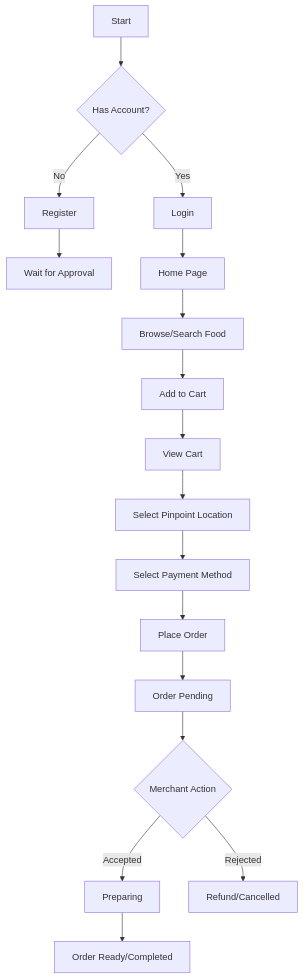
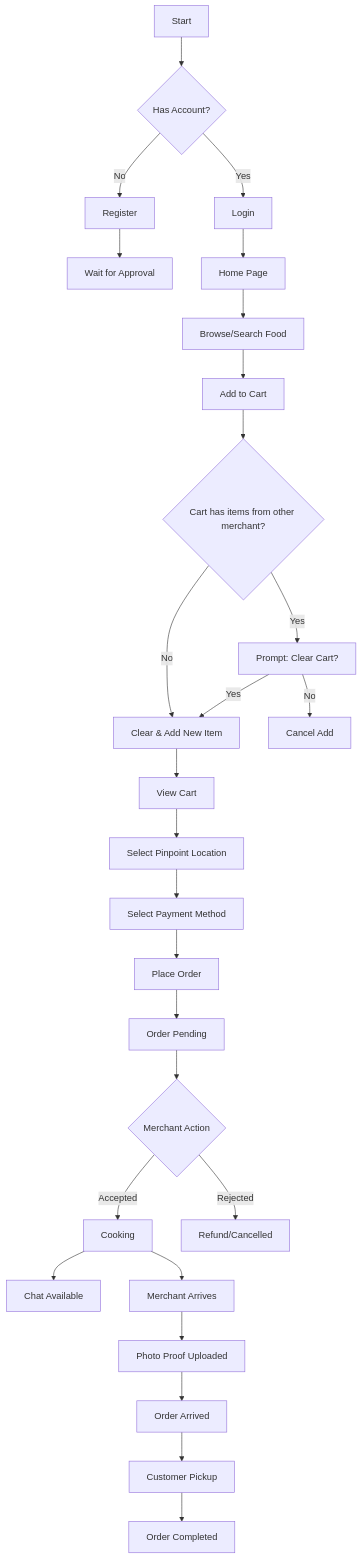
Before and after one commit to cdesqus/food-orde-app: the first of 3 diagrams in DOCUMENTATION.md, drawn with Mermaid. The commit also changed other lines of this file and 14 other files, not shown here.

````diff
--- a/DOCUMENTATION.md
+++ b/DOCUMENTATION.md
@@ -56,19 +102,29 @@
 ```mermaid
 graph TD
     A[Start] --> B{Has Account?}
     B -- No --> C[Register]
     B -- Yes --> D[Login]
     C --> E[Wait for Approval]
     D --> F[Home Page]
     F --> G[Browse/Search Food]
     G --> H[Add to Cart]
-    H --> I[View Cart]
-    I --> J[Select Pinpoint Location]
-    J --> K[Select Payment Method]
-    K --> L[Place Order]
-    L --> M[Order Pending]
-    M --> N{Merchant Action}
-    N -- Accepted --> O[Preparing]
-    N -- Rejected --> P[Refund/Cancelled]
-    O --> Q[Order Ready/Completed]
+    H --> I{Cart has items from other merchant?}
+    I -- Yes --> J[Prompt: Clear Cart?]
+    J -- Yes --> K[Clear & Add New Item]
+    J -- No --> L[Cancel Add]
+    I -- No --> K
+    K --> M[View Cart]
+    M --> N[Select Pinpoint Location]
+    N --> O[Select Payment Method]
+    O --> P[Place Order]
+    P --> Q[Order Pending]
+    Q --> R{Merchant Action}
+    R -- Accepted --> S[Cooking]
+    S --> T[Chat Available]
+    R -- Rejected --> U[Refund/Cancelled]
+    S --> V[Merchant Arrives]
+    V --> W[Photo Proof Uploaded]
+    W --> X[Order Arrived]
+    X --> Y[Customer Pickup]
+    Y --> Z[Order Completed]
 ```
````
